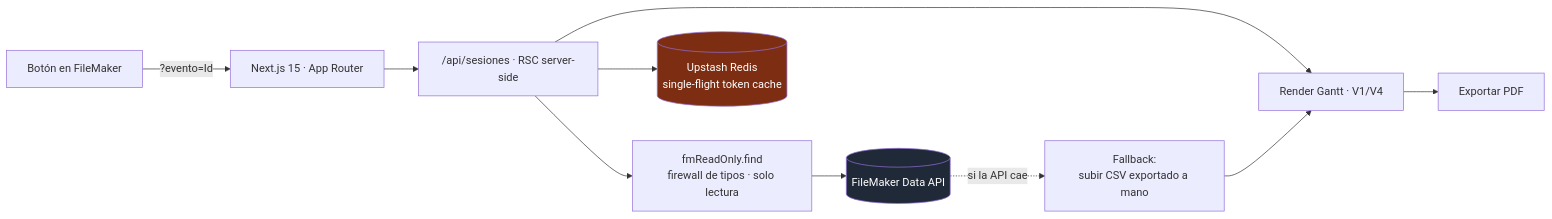
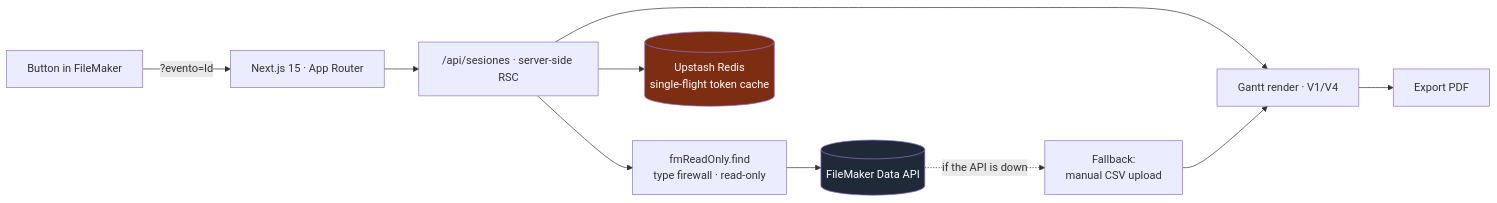
Before and after one commit to aleglope/production-systems-case-studies: the diagram in projects/programa-web.md, drawn with Mermaid. The commit also changed other lines of this file and 25 other files, not shown here.

````diff
--- a/projects/programa-web.md
+++ b/projects/programa-web.md
@@ -19,16 +21,16 @@
 ```mermaid
 flowchart LR
-    BTN["Botón en FileMaker"] -- "?evento=Id" --> APP["Next.js 15 · App Router"]
-    APP --> API["/api/sesiones · RSC server-side"]
-    API --> FMRO["fmReadOnly.find<br/>firewall de tipos · solo lectura"]
+    BTN["Button in FileMaker"] -- "?evento=Id" --> APP["Next.js 15 · App Router"]
+    APP --> API["/api/sesiones · server-side RSC"]
+    API --> FMRO["fmReadOnly.find<br/>type firewall · read-only"]
     FMRO --> FM[("FileMaker Data API")]
     API --> CACHE[("Upstash Redis<br/>single-flight token cache")]
-    API --> GANTT["Render Gantt · V1/V4"]
-    GANTT --> PDF["Exportar PDF"]
+    API --> GANTT["Gantt render · V1/V4"]
+    GANTT --> PDF["Export PDF"]
 
-    FM -. "si la API cae" .-> CSV["Fallback:<br/>subir CSV exportado a mano"]
+    FM -. "if the API is down" .-> CSV["Fallback:<br/>manual CSV upload"]
     CSV --> GANTT
 
     style FM fill:#1f2937,color:#fff
     style CACHE fill:#7c2d12,color:#fff
 ```
````
